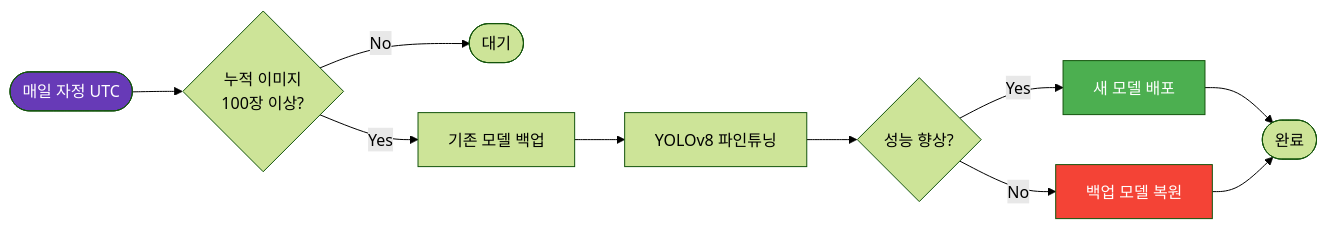
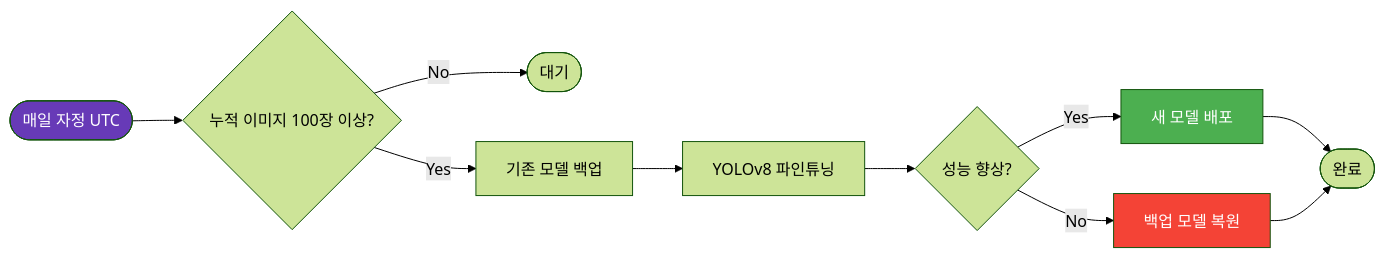
The fourth of 5 diagrams in README.md (2101070-LJI/pothole-detection-system), drawn with Mermaid (forest theme) before and after one commit. The commit also changed other lines of this file, not shown here.

First line of the commit message:
Fix: remove all \n literals from mermaid diagram node labels

````diff
--- a/README.md
+++ b/README.md
@@ -150,16 +150,16 @@
 ```mermaid
 flowchart LR
-    A([매일 자정 UTC]) --> B{"누적 이미지\n100장 이상?"}
+    A([매일 자정 UTC]) --> B{"누적 이미지 100장 이상?"}
     B -->|No| C([대기])
     B -->|Yes| D[기존 모델 백업]
     D --> E[YOLOv8 파인튜닝]
     E --> F{성능 향상?}
     F -->|Yes| G[새 모델 배포]
     F -->|No| H[백업 모델 복원]
     G --> I([완료])
     H --> I
 
     style A fill:#673AB7,color:#fff
     style G fill:#4CAF50,color:#fff
     style H fill:#f44336,color:#fff
 ```
````
